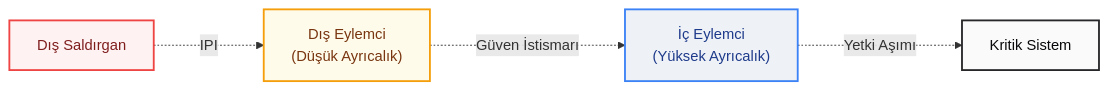
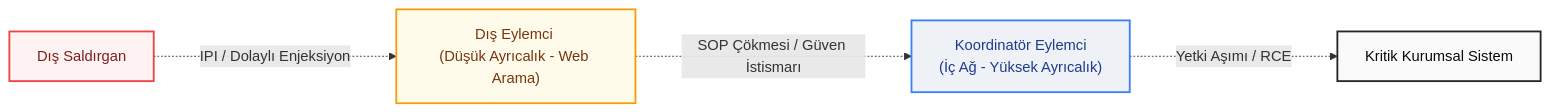
One commit to yusufarbc/yusufarbc changed the third of 3 diagrams in website/content/agentic-ai-protocols-security-vulnerabilities/tr.md. Above: the diagram before and after it, drawn with Mermaid. The commit also changed other lines of this file and 1 other file, not shown here.

````diff
--- a/website/content/agentic-ai-protocols-security-vulnerabilities/tr.md
+++ b/website/content/agentic-ai-protocols-security-vulnerabilities/tr.md
@@ -495,17 +532,17 @@
 ```mermaid
 graph LR
     %% Stil Tanımları
     classDef threat fill:#fef2f2,stroke:#ef4444,stroke-width:2px,color:#7f1d1d;
     classDef lowPriv fill:#fffbeb,stroke:#f59e0b,stroke-width:2px,color:#78350f;
     classDef highPriv fill:#eef2f7,stroke:#3b82f6,stroke-width:2px,color:#1e3a8a;
     classDef critical fill:#fafafa,stroke:#27272a,stroke-width:2px,color:#09090b;
 
-    A["Dış Saldırgan"] -..->|IPI| B["Dış Eylemci <br>(Düşük Ayrıcalık)"]
-    B -..->|Güven İstismarı| C["İç Eylemci <br>(Yüksek Ayrıcalık)"]
-    C -..->|Yetki Aşımı| D["Kritik Sistem"]
+    A["Dış Saldırgan"] -..->|IPI / Dolaylı Enjeksiyon| B["Dış Eylemci <br>(Düşük Ayrıcalık - Web Arama)"]
+    B -..->|SOP Çökmesi / Güven İstismarı| C["Koordinatör Eylemci <br>(İç Ağ - Yüksek Ayrıcalık)"]
+    C -..->|Yetki Aşımı / RCE| D["Kritik Kurumsal Sistem"]
 
     class A threat;
     class B lowPriv;
     class C highPriv;
     class D critical;
 ```
````
